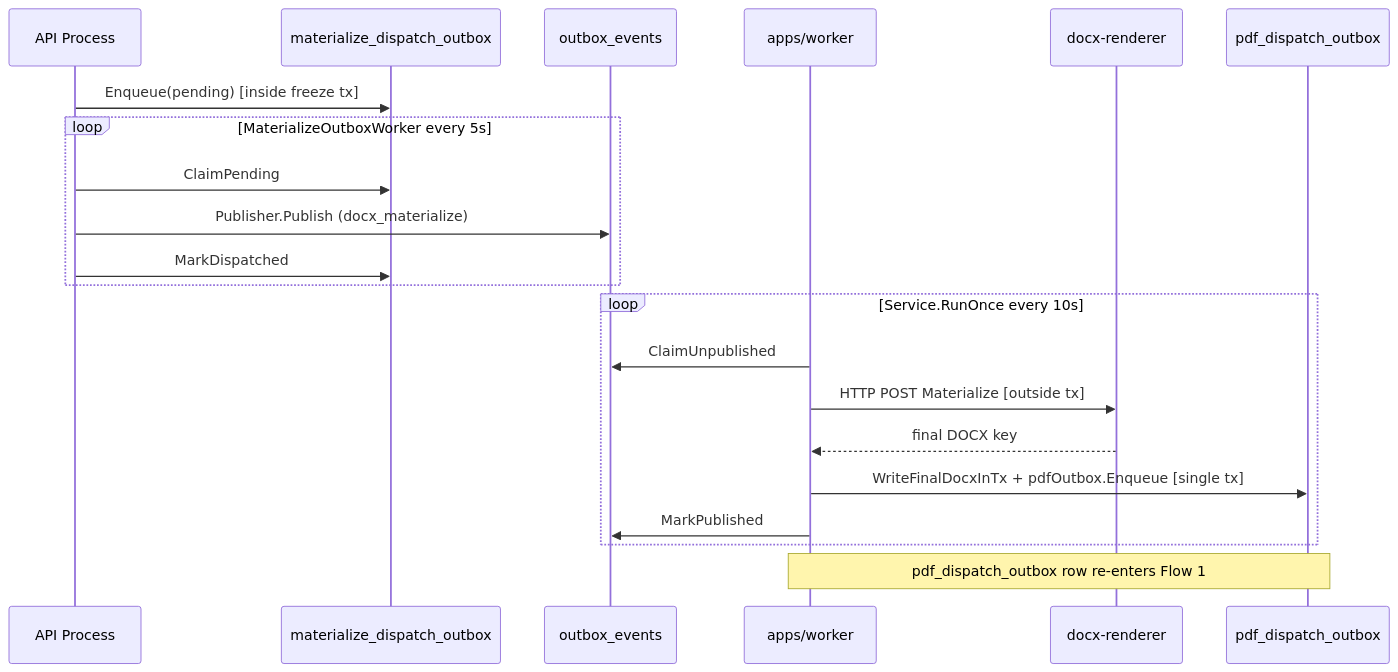
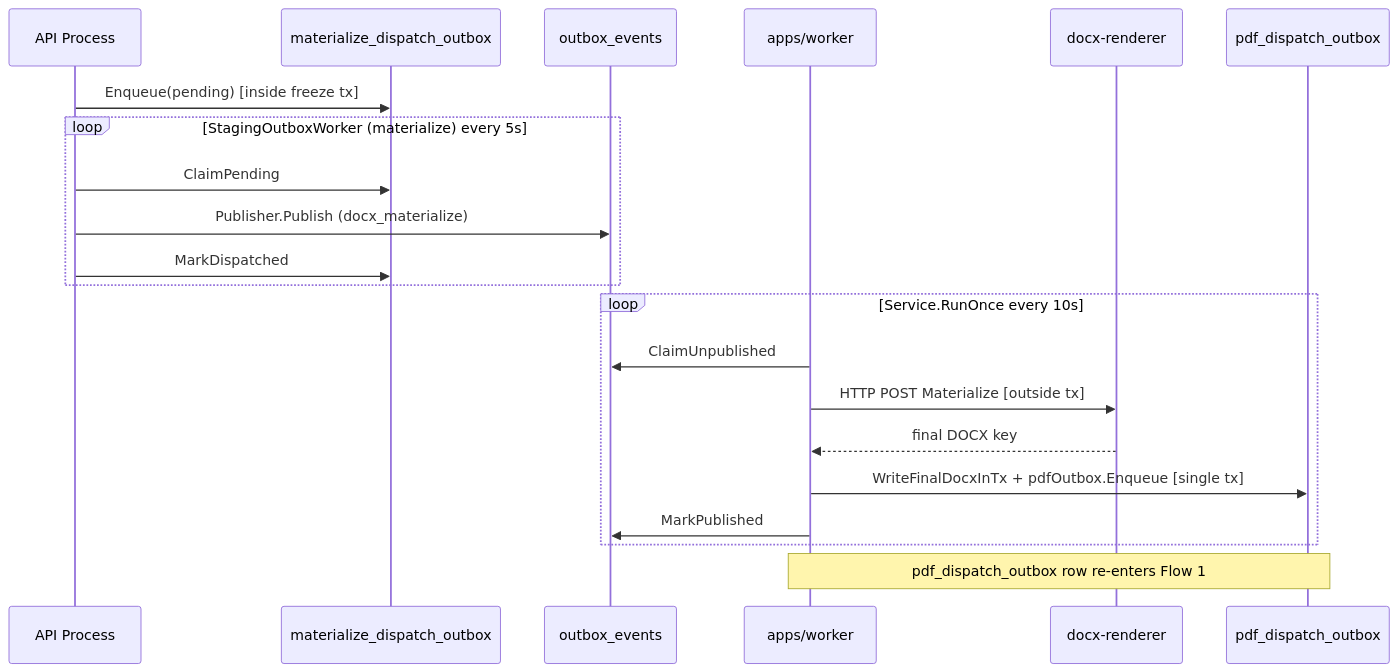
One commit to developmentconexus-ops/MetalDocs changed the second of 4 diagrams in wiki/backend/flows/async-job-pipeline.md. Above: the diagram before and after it, drawn with Mermaid. The commit also changed other lines of this file and 16 other files, not shown here.

First line of the commit message:
docs(wiki): sync live docs to StagingOutboxWorker consolidation

````diff
--- a/wiki/backend/flows/async-job-pipeline.md
+++ b/wiki/backend/flows/async-job-pipeline.md
@@ -95,24 +95,24 @@
 ```mermaid
 sequenceDiagram
     participant API as API Process
     participant PG_MAT as materialize_dispatch_outbox
     participant PG_OB as outbox_events
     participant WKR as apps/worker
     participant DocxRenderer as docx-renderer
     participant PG_PDF as pdf_dispatch_outbox
 
     API->>PG_MAT: Enqueue(pending) [inside freeze tx]
-    loop MaterializeOutboxWorker every 5s
+    loop StagingOutboxWorker (materialize) every 5s
         API->>PG_MAT: ClaimPending
         API->>PG_OB: Publisher.Publish (docx_materialize)
         API->>PG_MAT: MarkDispatched
     end
     loop Service.RunOnce every 10s
         WKR->>PG_OB: ClaimUnpublished
         WKR->>DocxRenderer: HTTP POST Materialize [outside tx]
         DocxRenderer-->>WKR: final DOCX key
         WKR->>PG_PDF: WriteFinalDocxInTx + pdfOutbox.Enqueue [single tx]
         WKR->>PG_OB: MarkPublished
     end
     Note over PG_PDF,WKR: pdf_dispatch_outbox row re-enters Flow 1
 ```
````
